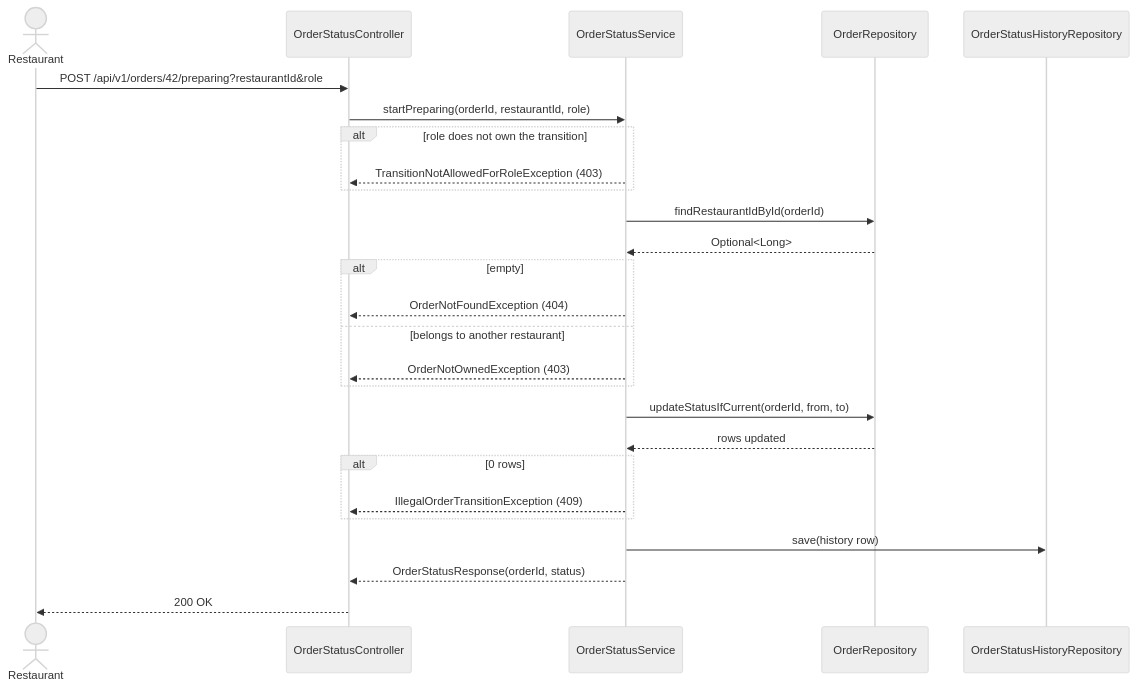
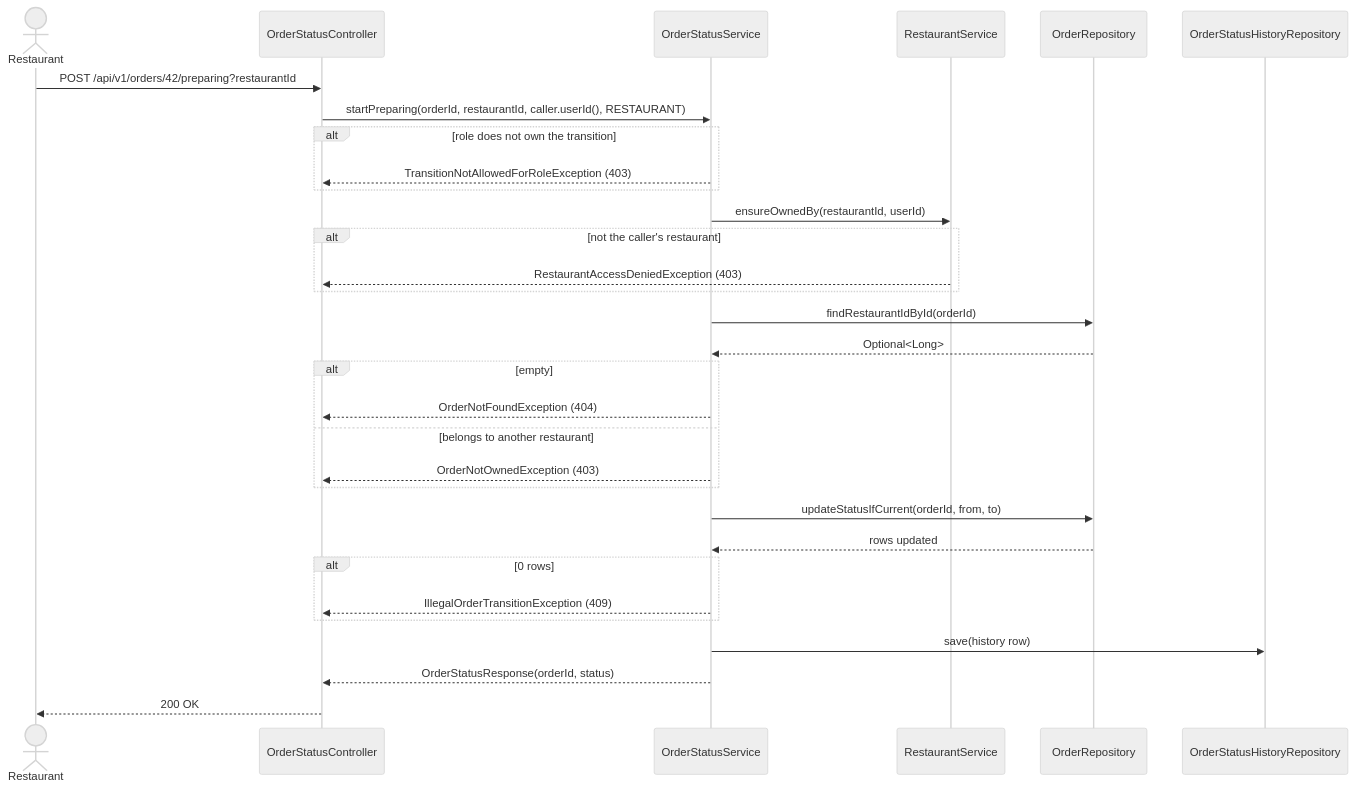
The third of 3 diagrams in restaurant/.docs/use-cases/order-management/update-order-status/update-order-status.md (msmohammed0077-cmd/mentorship-restaurant), drawn with Mermaid (neutral theme) before and after one commit. The commit also changed other lines of this file and 25 other files, not shown here.

````diff
--- a/restaurant/.docs/use-cases/order-management/update-order-status/update-order-status.md
+++ b/restaurant/.docs/use-cases/order-management/update-order-status/update-order-status.md
@@ -320,33 +323,39 @@
 ```mermaid
 sequenceDiagram
     actor Restaurant
     participant C as OrderStatusController
     participant H as OrderStatusService
+    participant RS as RestaurantService
     participant OR as OrderRepository
     participant HR as OrderStatusHistoryRepository
 
-    Restaurant->>C: POST /api/v1/orders/42/preparing?restaurantId&role
-    C->>H: startPreparing(orderId, restaurantId, role)
+    Restaurant->>C: POST /api/v1/orders/42/preparing?restaurantId
+    C->>H: startPreparing(orderId, restaurantId, caller.userId(), RESTAURANT)
 
     alt role does not own the transition
         H-->>C: TransitionNotAllowedForRoleException (403)
+    end
+
+    H->>RS: ensureOwnedBy(restaurantId, userId)
+    alt not the caller's restaurant
+        RS-->>C: RestaurantAccessDeniedException (403)
     end
 
     H->>OR: findRestaurantIdById(orderId)
     OR-->>H: Optional<Long>
     alt empty
         H-->>C: OrderNotFoundException (404)
     else belongs to another restaurant
         H-->>C: OrderNotOwnedException (403)
     end
 
     H->>OR: updateStatusIfCurrent(orderId, from, to)
     OR-->>H: rows updated
     alt 0 rows
         H-->>C: IllegalOrderTransitionException (409)
     end
 
     H->>HR: save(history row)
     H-->>C: OrderStatusResponse(orderId, status)
     C-->>Restaurant: 200 OK
 ```
````
